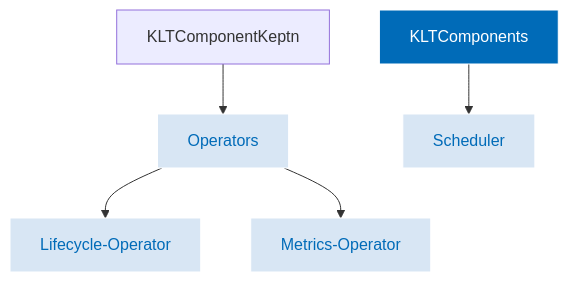
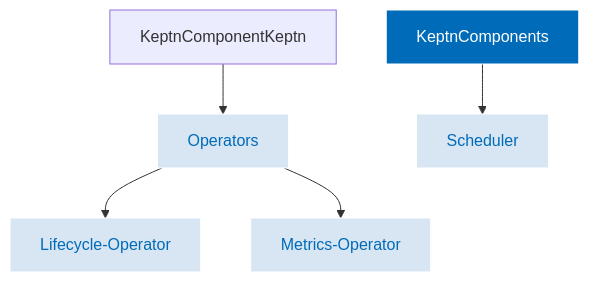
Before and after one commit to keptn/lifecycle-toolkit: the diagram in docs/content/en/docs/concepts/architecture/components/_index.md, drawn with Mermaid.

Commit message:
KLTComponents

````diff
--- a/docs/content/en/docs/concepts/architecture/components/_index.md
+++ b/docs/content/en/docs/concepts/architecture/components/_index.md
@@ -19,12 +19,12 @@
 ```mermaid
 graph TD;
-    KLTComponentKeptn-->Operators;
-    KLTComponents-->Scheduler
+    KeptnComponentKeptn-->Operators;
+    KeptnComponents-->Scheduler
    Operators-->Lifecycle-Operator
    Operators-->Metrics-Operator
-style KLTComponents fill:#006bb8,stroke:#fff,stroke-width:px,color:#fff
+style KeptnComponents fill:#006bb8,stroke:#fff,stroke-width:px,color:#fff
 style Operators fill:#d8e6f4,stroke:#fff,stroke-width:px,color:#006bb8
 style Scheduler fill:#d8e6f4,stroke:#fff,stroke-width:px,color:#006bb8
 style Lifecycle-Operator fill:#d8e6f4,stroke:#fff,stroke-width:px,color:#006bb8
 style Metrics-Operator fill:#d8e6f4,stroke:#fff,stroke-width:px,color:#006bb8
 ```
````
